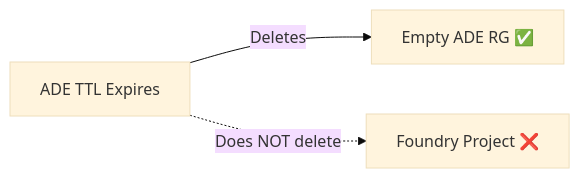
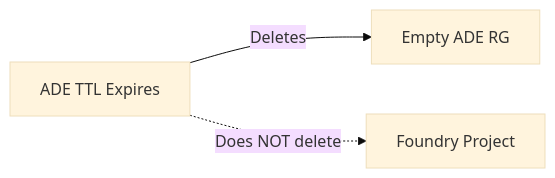
Before and after one commit to PennStateLefty/foundry-project-stack: the second of 2 diagrams in docs/ade-approach.md, drawn with Mermaid (base theme). The commit also changed other lines of this file and 1 other file, not shown here.

First line of the commit message:
fix: resolve Mermaid syntax errors in ADE and GHA pages

````diff
--- a/docs/ade-approach.md
+++ b/docs/ade-approach.md
@@ -71,5 +69,5 @@
 ```mermaid
 flowchart LR
-  TTL["ADE TTL Expires"] -->|"Deletes"| EmptyRG["Empty ADE RG ✅"]
-  TTL -.->|"Does NOT delete"| Project["Foundry Project ❌"]
+  TTL["ADE TTL Expires"] -->|"Deletes"| EmptyRG2["Empty ADE RG"]
+  TTL -.->|"Does NOT delete"| Project2["Foundry Project"]
 ```
````
